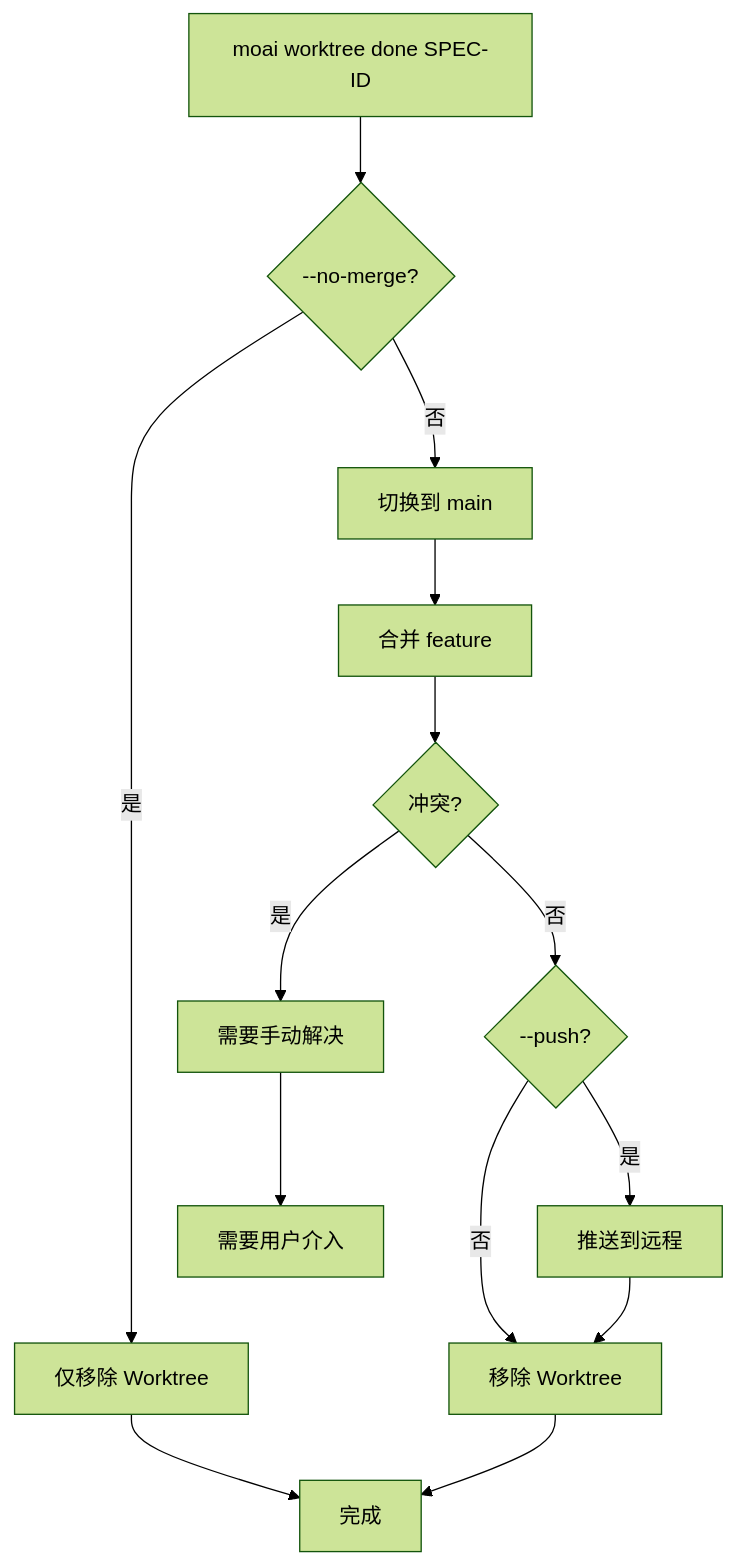
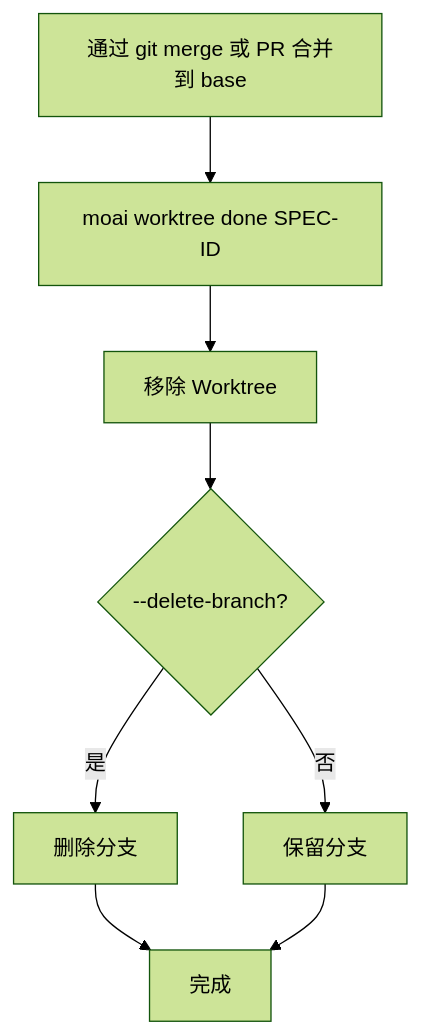
The fifth of 9 diagrams in docs-site/content/zh/worktree/faq.md (modu-ai/moai-adk), drawn with Mermaid (forest theme) before and after one commit. The commit also changed other lines of this file and 180 other files, not shown here.

````diff
--- a/docs-site/content/zh/worktree/faq.md
+++ b/docs-site/content/zh/worktree/faq.md
@@ -224,16 +220,10 @@
 ```mermaid
 flowchart TD
-    A[moai worktree done SPEC-ID] --> B{--no-merge?}
-    B -->|是| C[仅移除 Worktree]
-    B -->|否| D[切换到 main]
-    D --> E[合并 feature]
-    E --> F{冲突?}
-    F -->|是| G[需要手动解决]
-    F -->|否| H{--push?}
-    H -->|是| I[推送到远程]
-    H -->|否| J[移除 Worktree]
-    I --> J
-    C --> K[完成]
-    J --> K
-    G --> L[需要用户介入]
+    A[通过 git merge 或 PR 合并到 base] --> B[moai worktree done SPEC-ID]
+    B --> C[移除 Worktree]
+    C --> D{--delete-branch?}
+    D -->|是| E[删除分支]
+    D -->|否| F[保留分支]
+    E --> G[完成]
+    F --> G[完成]
 ```
````
